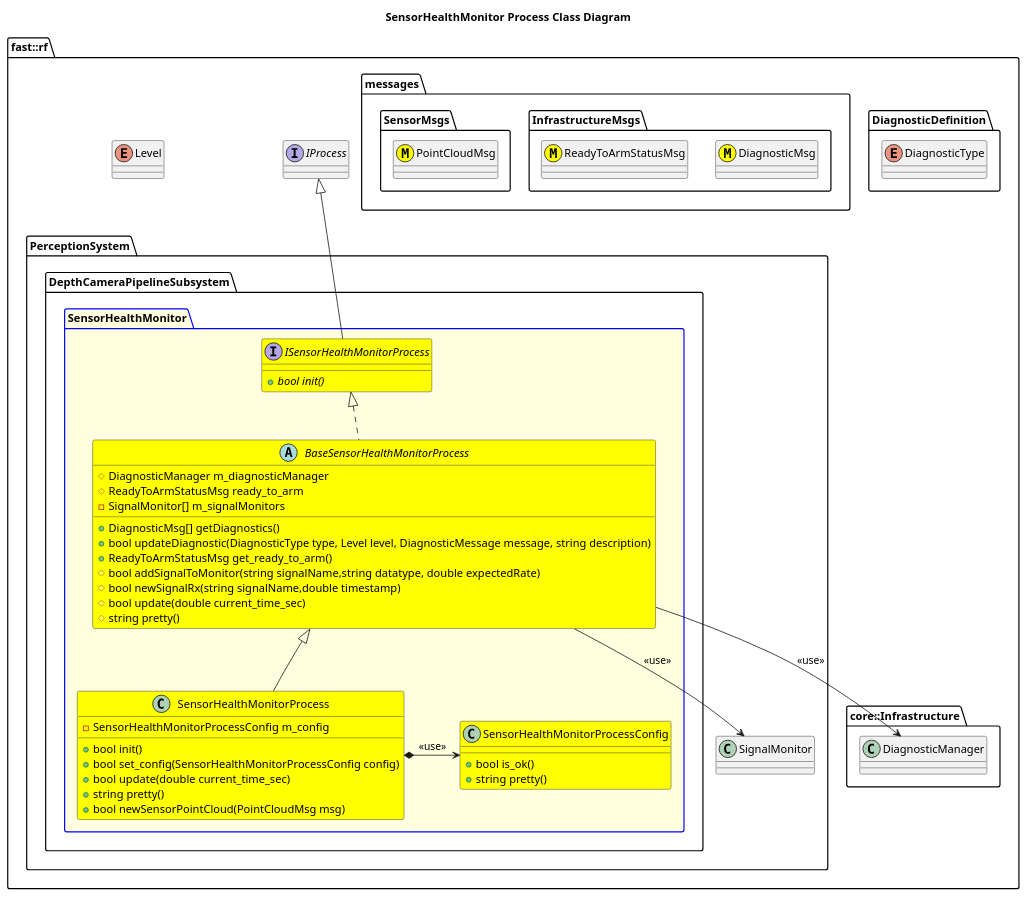
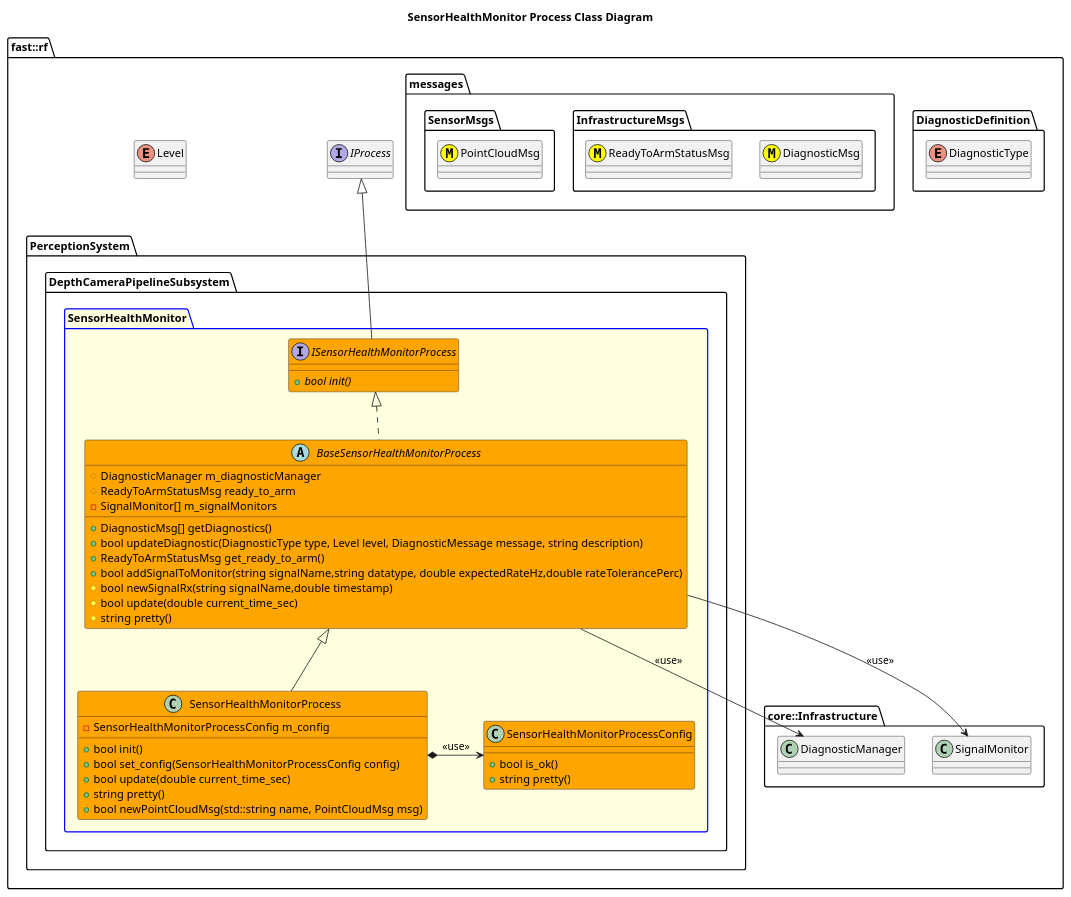
The diagram in Systems/Perception/Subsystems/DepthCameraPipeline/Processes/SensorHealthMonitor/doc/puml/SensorHealthMonitorProcessClassDiagram.puml (fastrobotics/robot_framework), drawn with PlantUML before and after one commit. The commit also changed 9 other files, not shown here.

```diff
--- a/Systems/Perception/Subsystems/DepthCameraPipeline/Processes/SensorHealthMonitor/doc/puml/SensorHealthMonitorProcessClassDiagram.puml
+++ b/Systems/Perception/Subsystems/DepthCameraPipeline/Processes/SensorHealthMonitor/doc/puml/SensorHealthMonitorProcessClassDiagram.puml
@@ -2,66 +2,66 @@
 @startuml
 title SensorHealthMonitor Process Class Diagram
 
 namespace fast::rf {
     enum Level
     interface IProcess
     namespace DiagnosticDefinition {
         enum DiagnosticType
     }
     namespace messages {
         namespace InfrastructureMsgs {
             class DiagnosticMsg <<(M,#FFFF00)>>
             class ReadyToArmStatusMsg <<(M,#FFFF00)>>
         }
         namespace SensorMsgs {
             class PointCloudMsg <<(M,#FFFF00)>>
         }
     }
     namespace core::Infrastructure {
         class DiagnosticManager
+        class SignalMonitor
     }
 
     namespace PerceptionSystem {
-        class SignalMonitor
         namespace DepthCameraPipelineSubsystem {
            
         package SensorHealthMonitor #LightYellow;line:blue {
 
-            interface ISensorHealthMonitorProcess #Yellow {
+            interface ISensorHealthMonitorProcess #Orange {
                 +{abstract} bool init()
             }
             ISensorHealthMonitorProcess -up-|> IProcess
-            abstract BaseSensorHealthMonitorProcess #Yellow {
+            abstract BaseSensorHealthMonitorProcess #Orange {
                 +DiagnosticMsg[] getDiagnostics()
                 +bool updateDiagnostic(DiagnosticType type, Level level, DiagnosticMessage message, string description)
                 +ReadyToArmStatusMsg get_ready_to_arm()
-                #bool addSignalToMonitor(string signalName,string datatype, double expectedRate)
+                +bool addSignalToMonitor(string signalName,string datatype, double expectedRateHz,double rateTolerancePerc)
                 #bool newSignalRx(string signalName,double timestamp)
                 #bool update(double current_time_sec)
                 #string pretty()
                 #DiagnosticManager m_diagnosticManager
                 #ReadyToArmStatusMsg ready_to_arm
                 -SignalMonitor[] m_signalMonitors
             }
             BaseSensorHealthMonitorProcess .up.|> ISensorHealthMonitorProcess
             BaseSensorHealthMonitorProcess --> DiagnosticManager: <<use>>
             BaseSensorHealthMonitorProcess --> SignalMonitor: <<use>>
-            class SensorHealthMonitorProcessConfig #Yellow {
+            class SensorHealthMonitorProcessConfig #Orange {
                 +bool is_ok()
                 +string pretty()
             }
-            class SensorHealthMonitorProcess #Yellow {
+            class SensorHealthMonitorProcess #Orange {
                 +bool init()
                 +bool set_config(SensorHealthMonitorProcessConfig config)
                 +bool update(double current_time_sec)
                 +string pretty()
-                +bool newSensorPointCloud(PointCloudMsg msg)
+                +bool newPointCloudMsg(std::string name, PointCloudMsg msg)
                 -SensorHealthMonitorProcessConfig m_config
             }
             SensorHealthMonitorProcess -up-|> BaseSensorHealthMonitorProcess
             SensorHealthMonitorProcess *-> SensorHealthMonitorProcessConfig: <<use>>
         }
     }
   }
 }
 @enduml
```
